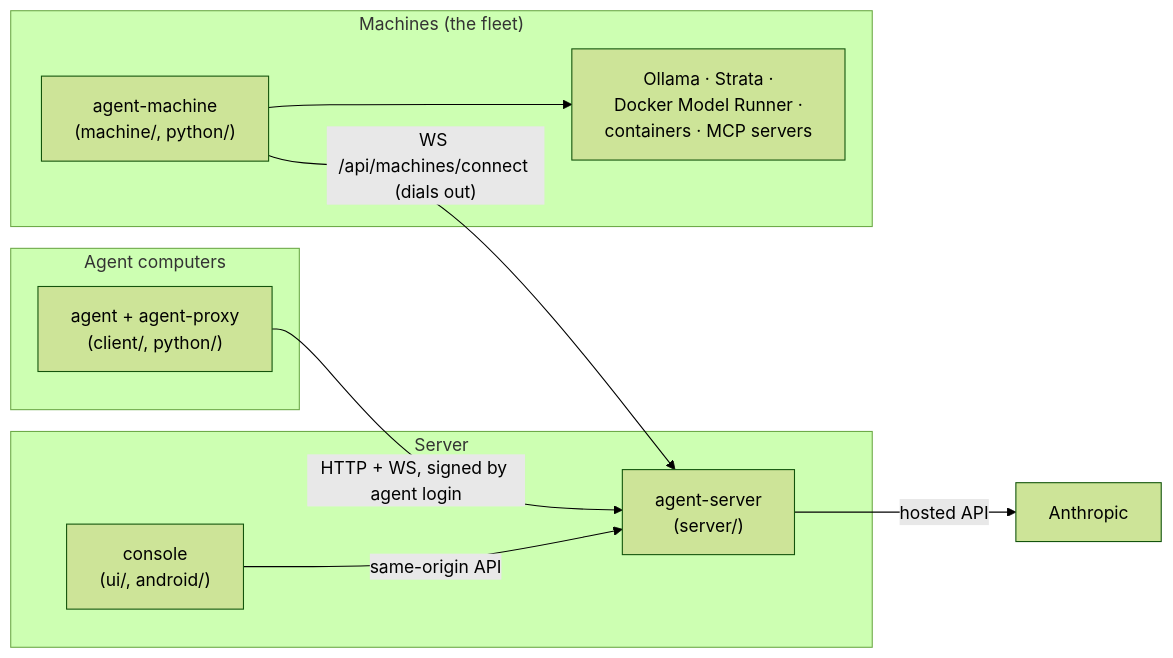
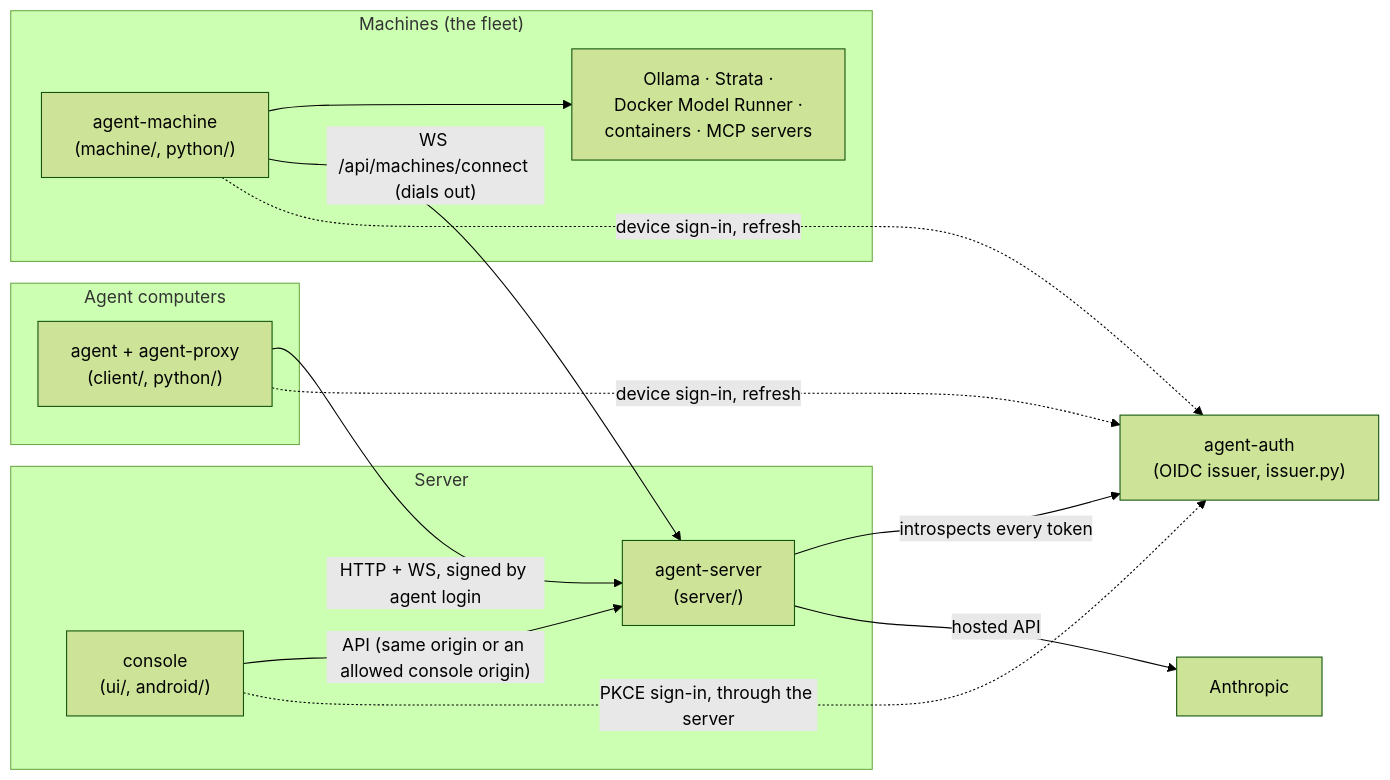
The first of 2 diagrams in .context/overview.md (joeyenfield/ai-coding-agent-proxy), drawn with Mermaid (forest theme) before and after one commit. The commit also changed other lines of this file and 55 other files, not shown here.

````diff
--- a/.context/overview.md
+++ b/.context/overview.md
@@ -7,19 +7,24 @@
 ```mermaid
 flowchart LR
   subgraph AG["Agent computers"]
     agent["agent + agent-proxy<br/>(client/, python/)"]
   end
   subgraph HUB["Server"]
     server["agent-server<br/>(server/)"]
     console["console<br/>(ui/, android/)"]
   end
   subgraph FL["Machines (the fleet)"]
     machine["agent-machine<br/>(machine/, python/)"]
     models["Ollama · Strata ·<br/>Docker Model Runner ·<br/>containers · MCP servers"]
     machine --> models
   end
+  issuer["agent-auth<br/>(OIDC issuer, issuer.py)"]
   agent -- "HTTP + WS, signed by agent login" --> server
-  console -- "same-origin API" --> server
+  console -- "API (same origin or an allowed console origin)" --> server
   machine -- "WS /api/machines/connect (dials out)" --> server
+  agent -.->|"device sign-in, refresh"| issuer
+  machine -.->|"device sign-in, refresh"| issuer
+  console -.->|"PKCE sign-in, through the server"| issuer
+  server -- "introspects every token" --> issuer
   server -- "hosted API" --> hosted["Anthropic"]
 ```
````
